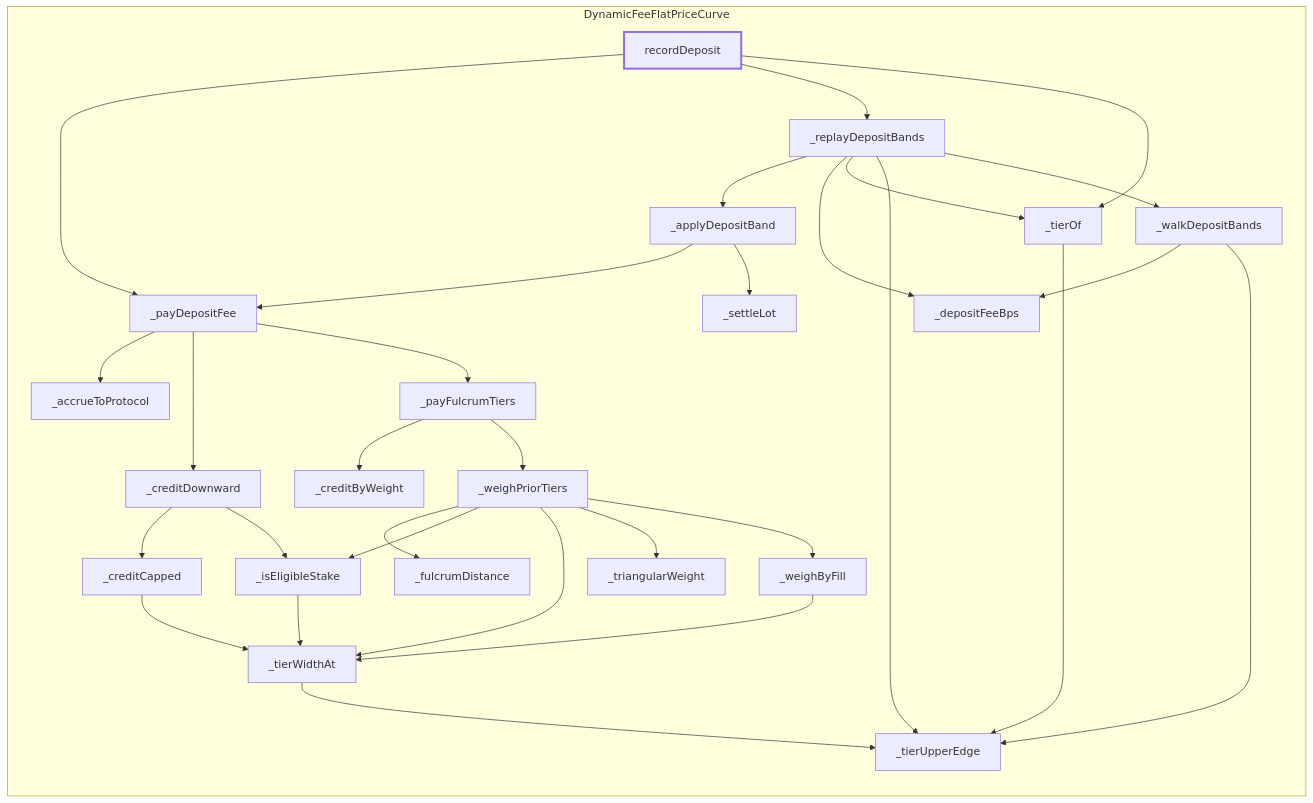
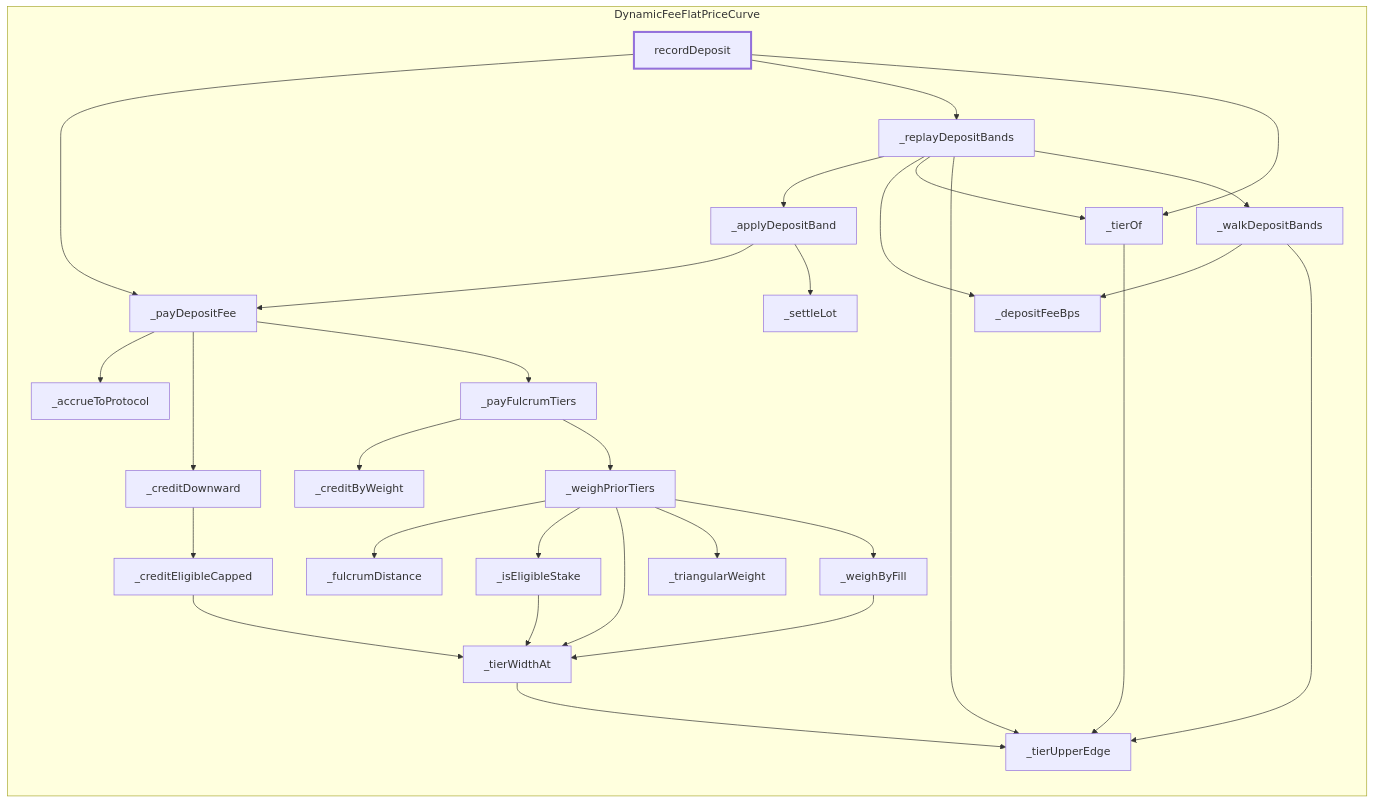
Before and after one commit to 0xIntuition/intuition-contracts-v2: the diagram in docs/call-flows/generated/curve-record-deposit.md, drawn with Mermaid. The commit also changed other lines of this file and 3 other files, not shown here.

Commit message:
refactor: resolve each drawn lot's rate once, pass the residual mask to the re-base, and fold eligibility into the capped credit

````diff
--- a/docs/call-flows/generated/curve-record-deposit.md
+++ b/docs/call-flows/generated/curve-record-deposit.md
@@ -11,55 +11,54 @@
 ```mermaid
 flowchart LR
   subgraph DynamicFeeFlatPriceCurve["DynamicFeeFlatPriceCurve"]
     DynamicFeeFlatPriceCurve__accrueToProtocol["_accrueToProtocol"]
     DynamicFeeFlatPriceCurve__applyDepositBand["_applyDepositBand"]
     DynamicFeeFlatPriceCurve__creditByWeight["_creditByWeight"]
-    DynamicFeeFlatPriceCurve__creditCapped["_creditCapped"]
     DynamicFeeFlatPriceCurve__creditDownward["_creditDownward"]
+    DynamicFeeFlatPriceCurve__creditEligibleCapped["_creditEligibleCapped"]
     DynamicFeeFlatPriceCurve__depositFeeBps["_depositFeeBps"]
     DynamicFeeFlatPriceCurve__fulcrumDistance["_fulcrumDistance"]
     DynamicFeeFlatPriceCurve__isEligibleStake["_isEligibleStake"]
     DynamicFeeFlatPriceCurve__payDepositFee["_payDepositFee"]
     DynamicFeeFlatPriceCurve__payFulcrumTiers["_payFulcrumTiers"]
     DynamicFeeFlatPriceCurve__replayDepositBands["_replayDepositBands"]
     DynamicFeeFlatPriceCurve__settleLot["_settleLot"]
     DynamicFeeFlatPriceCurve__tierOf["_tierOf"]
     DynamicFeeFlatPriceCurve__tierUpperEdge["_tierUpperEdge"]
     DynamicFeeFlatPriceCurve__tierWidthAt["_tierWidthAt"]
     DynamicFeeFlatPriceCurve__triangularWeight["_triangularWeight"]
     DynamicFeeFlatPriceCurve__walkDepositBands["_walkDepositBands"]
     DynamicFeeFlatPriceCurve__weighByFill["_weighByFill"]
     DynamicFeeFlatPriceCurve__weighPriorTiers["_weighPriorTiers"]
     DynamicFeeFlatPriceCurve_recordDeposit["recordDeposit"]
   end
   DynamicFeeFlatPriceCurve_recordDeposit --> DynamicFeeFlatPriceCurve__payDepositFee
   DynamicFeeFlatPriceCurve_recordDeposit --> DynamicFeeFlatPriceCurve__replayDepositBands
   DynamicFeeFlatPriceCurve_recordDeposit --> DynamicFeeFlatPriceCurve__tierOf
   DynamicFeeFlatPriceCurve__payDepositFee --> DynamicFeeFlatPriceCurve__accrueToProtocol
   DynamicFeeFlatPriceCurve__payDepositFee --> DynamicFeeFlatPriceCurve__creditDownward
   DynamicFeeFlatPriceCurve__payDepositFee --> DynamicFeeFlatPriceCurve__payFulcrumTiers
   DynamicFeeFlatPriceCurve__replayDepositBands --> DynamicFeeFlatPriceCurve__applyDepositBand
   DynamicFeeFlatPriceCurve__replayDepositBands --> DynamicFeeFlatPriceCurve__depositFeeBps
   DynamicFeeFlatPriceCurve__replayDepositBands --> DynamicFeeFlatPriceCurve__tierOf
   DynamicFeeFlatPriceCurve__replayDepositBands --> DynamicFeeFlatPriceCurve__tierUpperEdge
   DynamicFeeFlatPriceCurve__replayDepositBands --> DynamicFeeFlatPriceCurve__walkDepositBands
   DynamicFeeFlatPriceCurve__tierOf --> DynamicFeeFlatPriceCurve__tierUpperEdge
-  DynamicFeeFlatPriceCurve__creditDownward --> DynamicFeeFlatPriceCurve__creditCapped
-  DynamicFeeFlatPriceCurve__creditDownward --> DynamicFeeFlatPriceCurve__isEligibleStake
+  DynamicFeeFlatPriceCurve__creditDownward --> DynamicFeeFlatPriceCurve__creditEligibleCapped
   DynamicFeeFlatPriceCurve__payFulcrumTiers --> DynamicFeeFlatPriceCurve__creditByWeight
   DynamicFeeFlatPriceCurve__payFulcrumTiers --> DynamicFeeFlatPriceCurve__weighPriorTiers
   DynamicFeeFlatPriceCurve__applyDepositBand --> DynamicFeeFlatPriceCurve__payDepositFee
   DynamicFeeFlatPriceCurve__applyDepositBand --> DynamicFeeFlatPriceCurve__settleLot
   DynamicFeeFlatPriceCurve__walkDepositBands --> DynamicFeeFlatPriceCurve__depositFeeBps
   DynamicFeeFlatPriceCurve__walkDepositBands --> DynamicFeeFlatPriceCurve__tierUpperEdge
-  DynamicFeeFlatPriceCurve__creditCapped --> DynamicFeeFlatPriceCurve__tierWidthAt
-  DynamicFeeFlatPriceCurve__isEligibleStake --> DynamicFeeFlatPriceCurve__tierWidthAt
+  DynamicFeeFlatPriceCurve__creditEligibleCapped --> DynamicFeeFlatPriceCurve__tierWidthAt
   DynamicFeeFlatPriceCurve__weighPriorTiers --> DynamicFeeFlatPriceCurve__fulcrumDistance
   DynamicFeeFlatPriceCurve__weighPriorTiers --> DynamicFeeFlatPriceCurve__isEligibleStake
   DynamicFeeFlatPriceCurve__weighPriorTiers --> DynamicFeeFlatPriceCurve__tierWidthAt
   DynamicFeeFlatPriceCurve__weighPriorTiers --> DynamicFeeFlatPriceCurve__triangularWeight
   DynamicFeeFlatPriceCurve__weighPriorTiers --> DynamicFeeFlatPriceCurve__weighByFill
   DynamicFeeFlatPriceCurve__tierWidthAt --> DynamicFeeFlatPriceCurve__tierUpperEdge
+  DynamicFeeFlatPriceCurve__isEligibleStake --> DynamicFeeFlatPriceCurve__tierWidthAt
   DynamicFeeFlatPriceCurve__weighByFill --> DynamicFeeFlatPriceCurve__tierWidthAt
   style DynamicFeeFlatPriceCurve_recordDeposit stroke-width:3px
 ```
````
